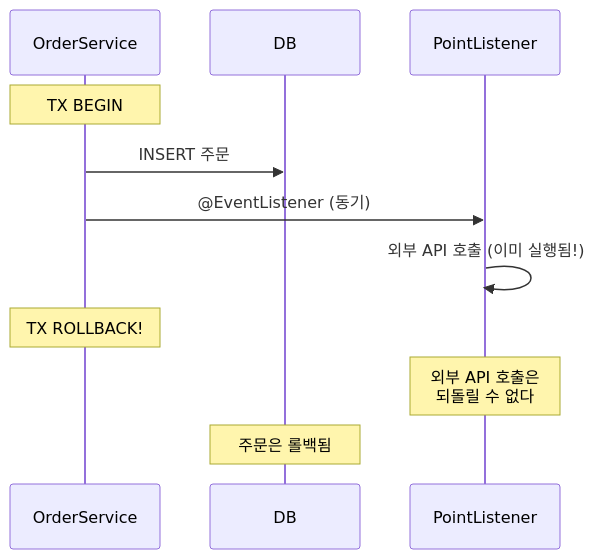
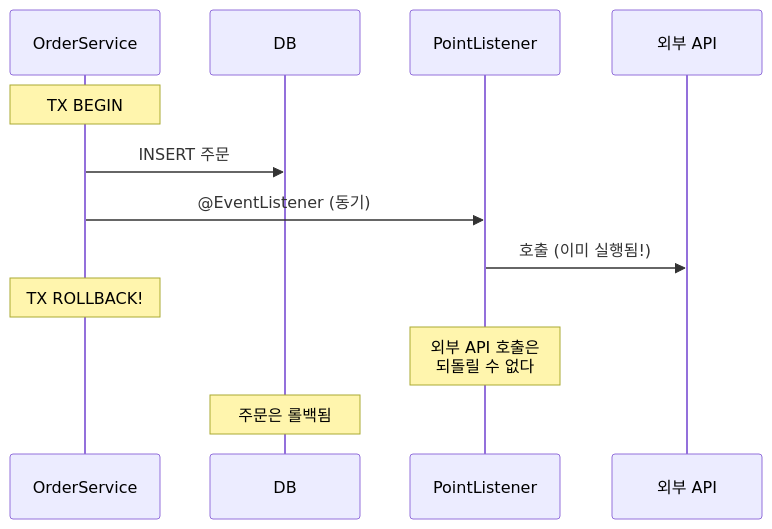
Before and after one commit to ghtjr410/messaging-lab: the first of 6 diagrams in src/test/java/com/example/messaging/step2_transactional_event/README.md, drawn with Mermaid. The commit also changed other lines of this file and 4 other files, not shown here.

````diff
--- a/src/test/java/com/example/messaging/step2_transactional_event/README.md
+++ b/src/test/java/com/example/messaging/step2_transactional_event/README.md
@@ -28,16 +28,17 @@
 ```mermaid
 sequenceDiagram
     participant OS as OrderService
     participant DB as DB
     participant PL as PointListener
+    participant API as 외부 API
 
     Note over OS: TX BEGIN
     OS->>DB: INSERT 주문
     OS->>PL: @EventListener (동기)
-    PL->>PL: 외부 API 호출 (이미 실행됨!)
+    PL->>API: 호출 (이미 실행됨!)
 
     Note over OS: TX ROLLBACK!
 
     Note over PL: 외부 API 호출은<br/>되돌릴 수 없다
     Note over DB: 주문은 롤백됨
 ```
````
